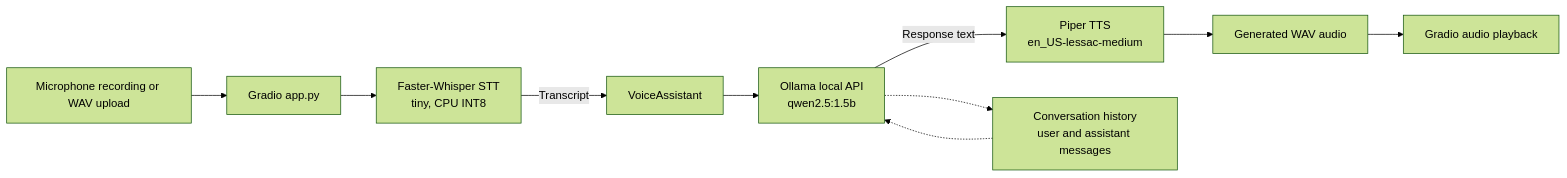
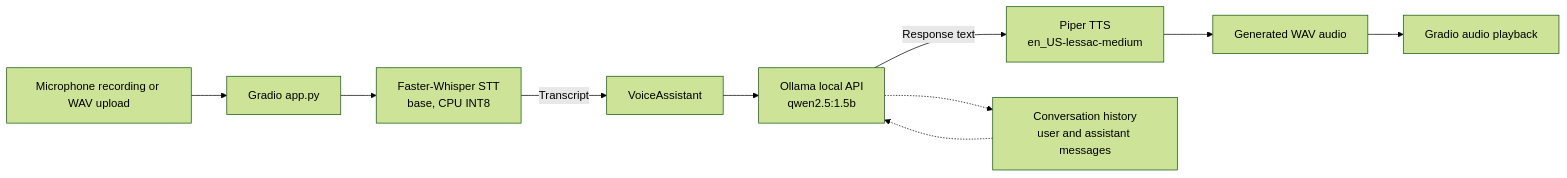
The diagram in docs/architecture.md (paramjyot2004/trikon-voice-assistant), drawn with Mermaid (forest theme) before and after one commit. The commit also changed other lines of this file and 7 other files, not shown here.

````diff
--- a/docs/architecture.md
+++ b/docs/architecture.md
@@ -3,12 +3,12 @@
 ```mermaid
 flowchart LR
     A[Microphone recording or WAV upload] --> B[Gradio app.py]
-    B --> C[Faster-Whisper STT<br/>tiny, CPU INT8]
+    B --> C[Faster-Whisper STT<br/>base, CPU INT8]
     C -->|Transcript| D[VoiceAssistant]
     D --> E[Ollama local API<br/>qwen2.5:1.5b]
     E -->|Response text| F[Piper TTS<br/>en_US-lessac-medium]
     F --> G[Generated WAV audio]
     G --> H[Gradio audio playback]
     E -.-> I[Conversation history<br/>user and assistant messages]
     I -.-> E
 ```
````
